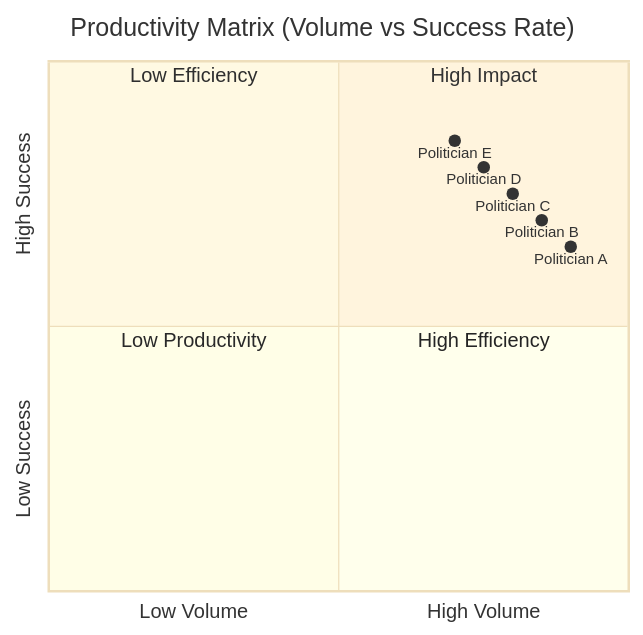
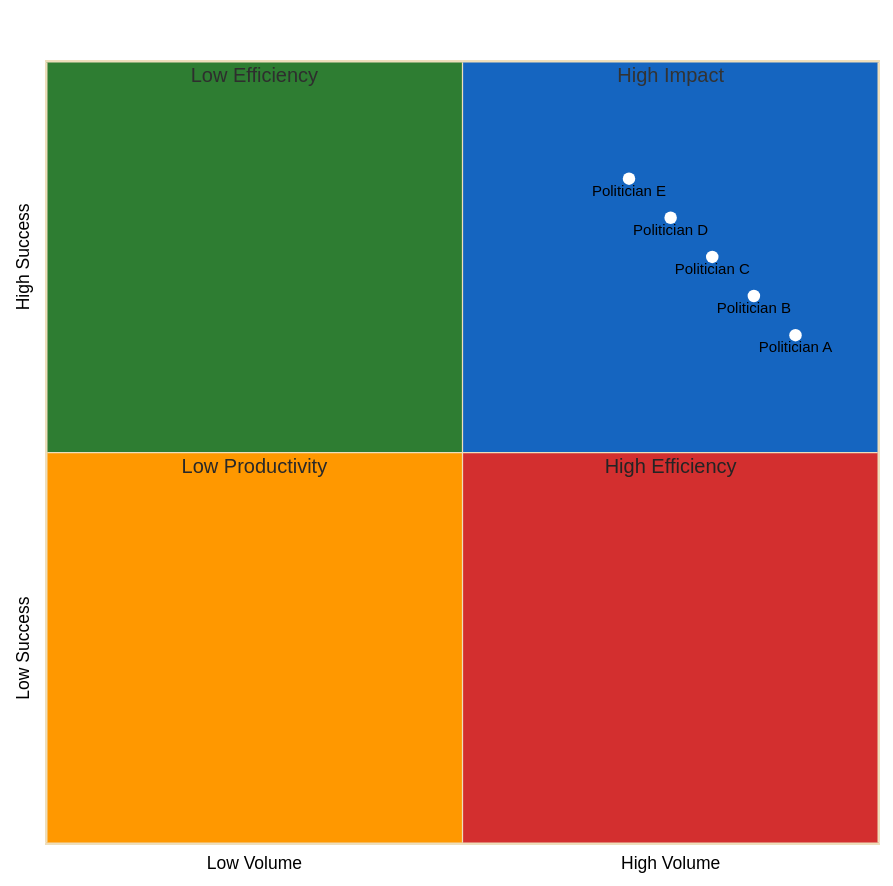
One commit to Hack23/cia changed the eighth of 13 diagrams in json-export-specs/visualizations/top10-most-productive.md. Above: the diagram before and after it, drawn with Mermaid. The commit also changed other lines of this file and 30 other files, not shown here.

First line of the commit message:
fix: fix mermaid init blocks (single->double quotes), xychart quoting, and SWOT quadrant colors

````diff
--- a/json-export-specs/visualizations/top10-most-productive.md
+++ b/json-export-specs/visualizations/top10-most-productive.md
@@ -117,17 +117,40 @@
 ```mermaid
-%%{init: {'theme':'base'}}%%
+%%{init: {
+  "theme": "base",
+  "themeVariables": {
+    "quadrant1Fill": "#1565C0",
+    "quadrant2Fill": "#2E7D32",
+    "quadrant3Fill": "#FF9800",
+    "quadrant4Fill": "#D32F2F",
+    "quadrantTitleFill": "#ffffff",
+    "quadrantPointFill": "#ffffff",
+    "quadrantPointTextFill": "#000000",
+    "quadrantXAxisTextFill": "#000000",
+    "quadrantYAxisTextFill": "#000000"
+  },
+  "quadrantChart": {
+    "chartWidth": 700,
+    "chartHeight": 700,
+    "pointLabelFontSize": 12,
+    "titleFontSize": 20,
+    "quadrantLabelFontSize": 16,
+    "xAxisLabelFontSize": 14,
+    "yAxisLabelFontSize": 14
+  }
+}}%%
 quadrantChart
     title Productivity Matrix (Volume vs Success Rate)
     x-axis Low Volume --> High Volume
     y-axis Low Success --> High Success
     quadrant-1 High Impact
     quadrant-2 Low Efficiency
     quadrant-3 Low Productivity
     quadrant-4 High Efficiency
     
-    Politician A: [0.9, 0.65]
-    Politician B: [0.85, 0.7]
-    Politician C: [0.8, 0.75]
-    Politician D: [0.75, 0.8]
-    Politician E: [0.7, 0.85]
+    "Politician A": [0.9, 0.65]
+    "Politician B": [0.85, 0.7]
+    "Politician C": [0.8, 0.75]
+    "Politician D": [0.75, 0.8]
+    "Politician E": [0.7, 0.85]
+
 ```
````
